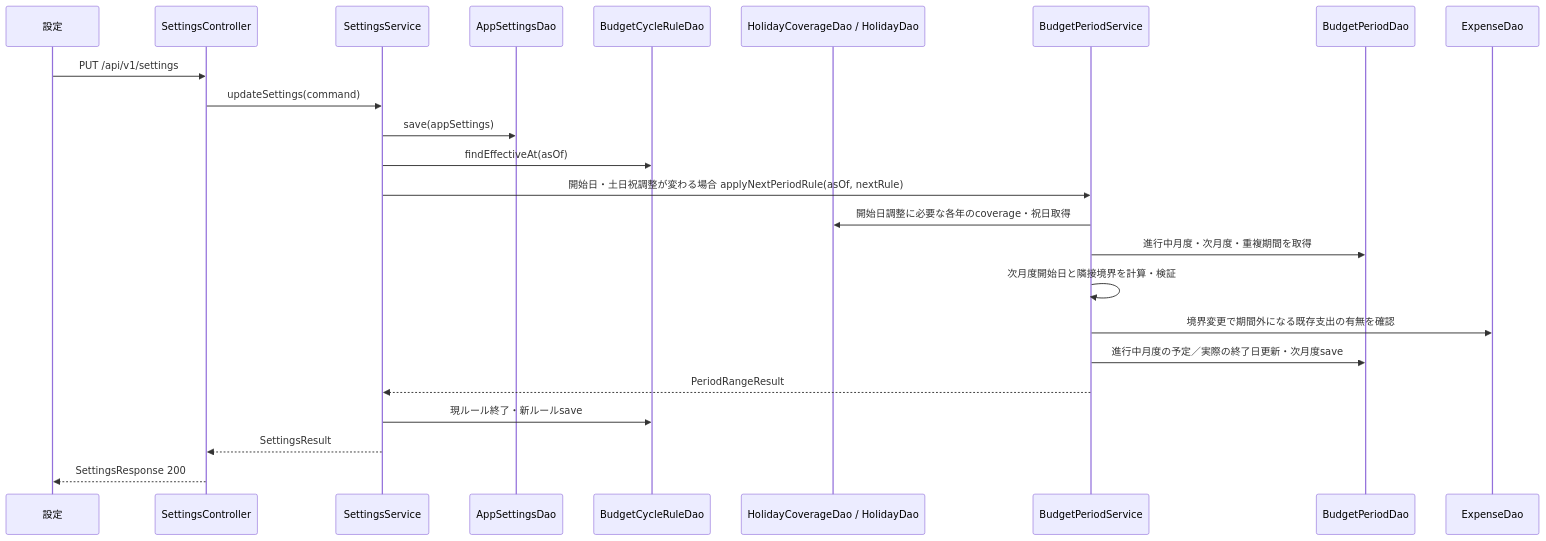
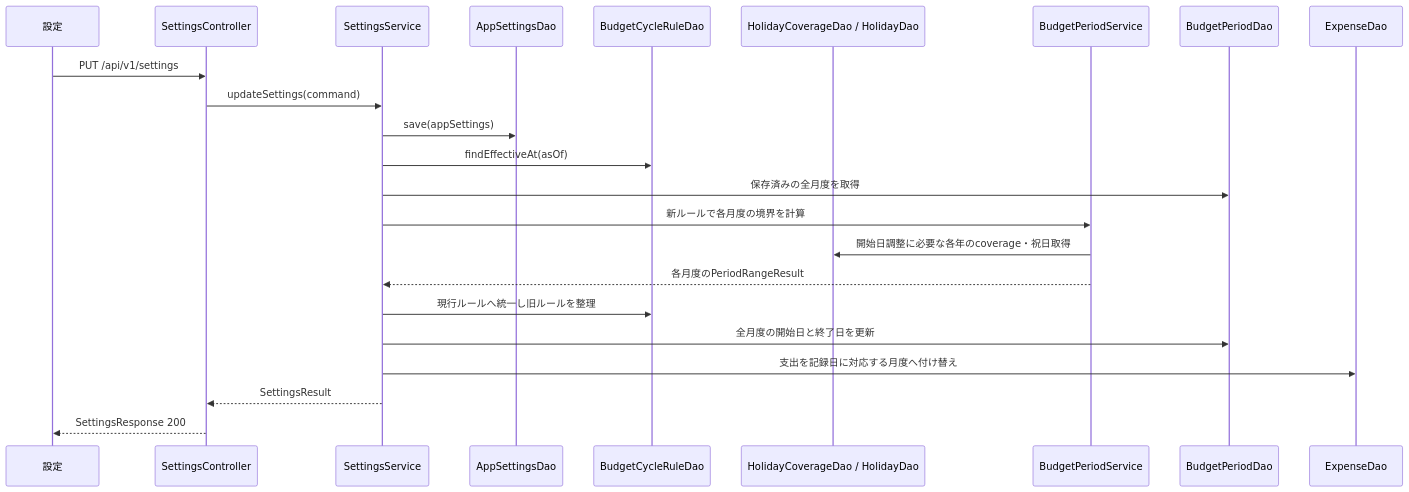
The sixth of 8 diagrams in docs/architecture/PROGRAM_FUNCTION_STRUCTURE.md (okShin0420/ZuboraKakeibo), drawn with Mermaid before and after one commit. The commit also changed other lines of this file and 113 other files, not shown here.

````diff
--- a/docs/architecture/PROGRAM_FUNCTION_STRUCTURE.md
+++ b/docs/architecture/PROGRAM_FUNCTION_STRUCTURE.md
@@ -299,27 +300,26 @@
 ```mermaid
 sequenceDiagram
     participant UI as 設定
     participant C as SettingsController
     participant S as SettingsService
     participant A as AppSettingsDao
     participant R as BudgetCycleRuleDao
     participant H as HolidayCoverageDao / HolidayDao
 
     UI->>C: PUT /api/v1/settings
     C->>S: updateSettings(command)
     participant PS as BudgetPeriodService
     participant BP as BudgetPeriodDao
     participant E as ExpenseDao
     S->>A: save(appSettings)
     S->>R: findEffectiveAt(asOf)
-    S->>PS: 開始日・土日祝調整が変わる場合 applyNextPeriodRule(asOf, nextRule)
+    S->>BP: 保存済みの全月度を取得
+    S->>PS: 新ルールで各月度の境界を計算
     PS->>H: 開始日調整に必要な各年のcoverage・祝日取得
-    PS->>BP: 進行中月度・次月度・重複期間を取得
-    PS->>PS: 次月度開始日と隣接境界を計算・検証
-    PS->>E: 境界変更で期間外になる既存支出の有無を確認
-    PS->>BP: 進行中月度の予定／実際の終了日更新・次月度save
-    PS-->>S: PeriodRangeResult
-    S->>R: 現ルール終了・新ルールsave
+    PS-->>S: 各月度のPeriodRangeResult
+    S->>R: 現行ルールへ統一し旧ルールを整理
+    S->>BP: 全月度の開始日と終了日を更新
+    S->>E: 支出を記録日に対応する月度へ付け替え
     S-->>C: SettingsResult
     C-->>UI: SettingsResponse 200
 ```
````
